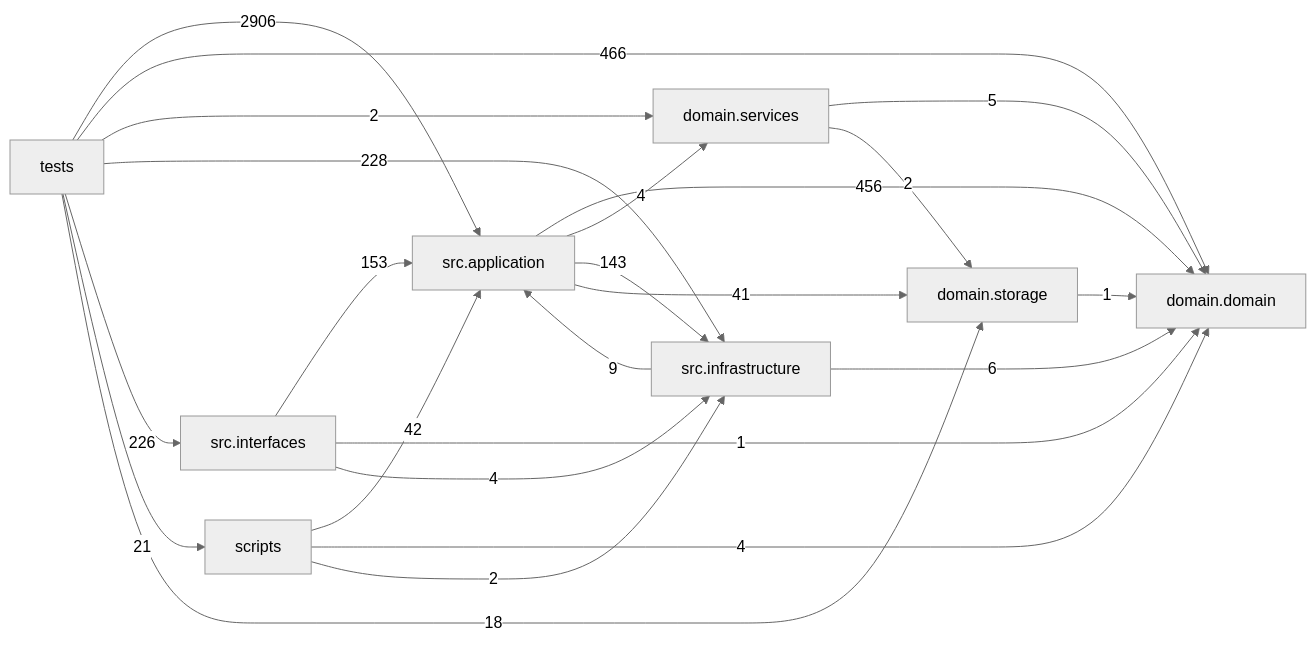
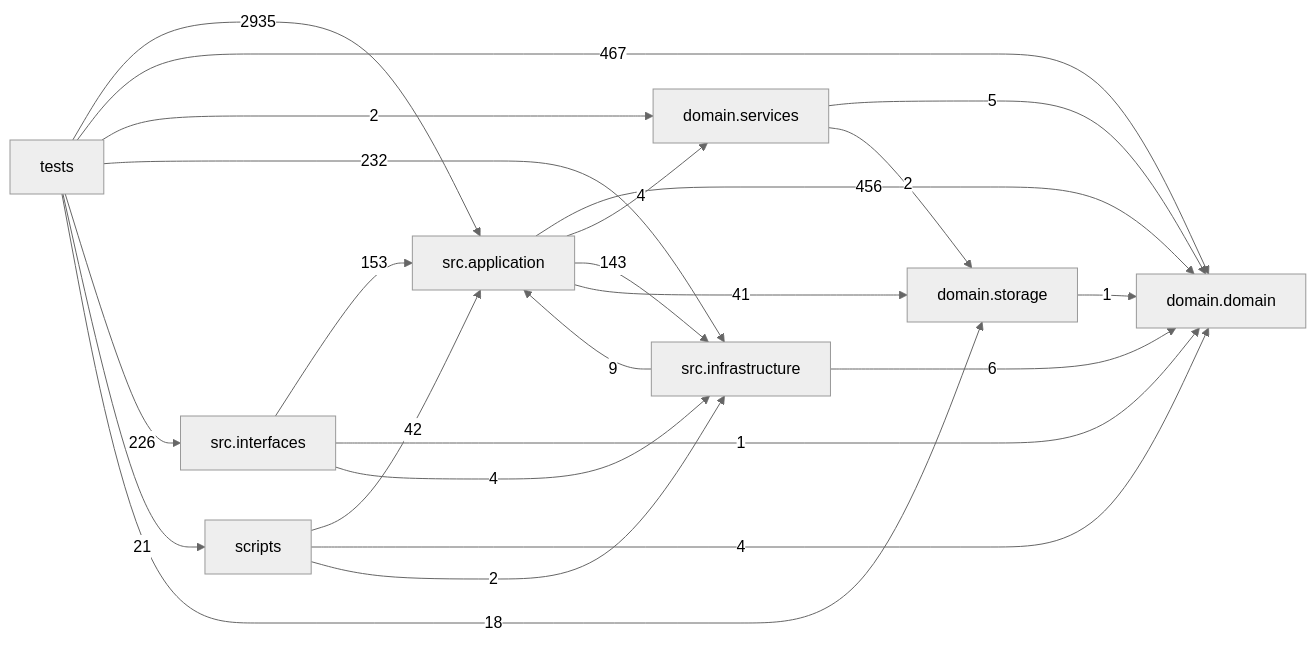
Before and after one commit to liuxie066/options-monitor: the diagram in docs/DEPENDENCY_GRAPH.md, drawn with Mermaid (neutral theme). The commit also changed other lines of this file and 26 other files, not shown here.

````diff
--- a/docs/DEPENDENCY_GRAPH.md
+++ b/docs/DEPENDENCY_GRAPH.md
@@ -24,33 +24,33 @@
 ```mermaid
 flowchart LR
   tests["tests"]
   scripts["scripts"]
   interfaces["src.interfaces"]
   application["src.application"]
   infrastructure["src.infrastructure"]
   domain_services["domain.services"]
   domain["domain.domain"]
   storage["domain.storage"]
   application -->|456| domain
   application -->|4| domain_services
   application -->|143| infrastructure
   application -->|41| storage
   domain_services -->|5| domain
   domain_services -->|2| storage
   infrastructure -->|9| application
   infrastructure -->|6| domain
   interfaces -->|153| application
   interfaces -->|1| domain
   interfaces -->|4| infrastructure
   scripts -->|42| application
   scripts -->|4| domain
   scripts -->|2| infrastructure
   storage -->|1| domain
-  tests -->|2906| application
-  tests -->|466| domain
+  tests -->|2935| application
+  tests -->|467| domain
   tests -->|2| domain_services
-  tests -->|228| infrastructure
+  tests -->|232| infrastructure
   tests -->|226| interfaces
   tests -->|21| scripts
   tests -->|18| storage
 ```
````
